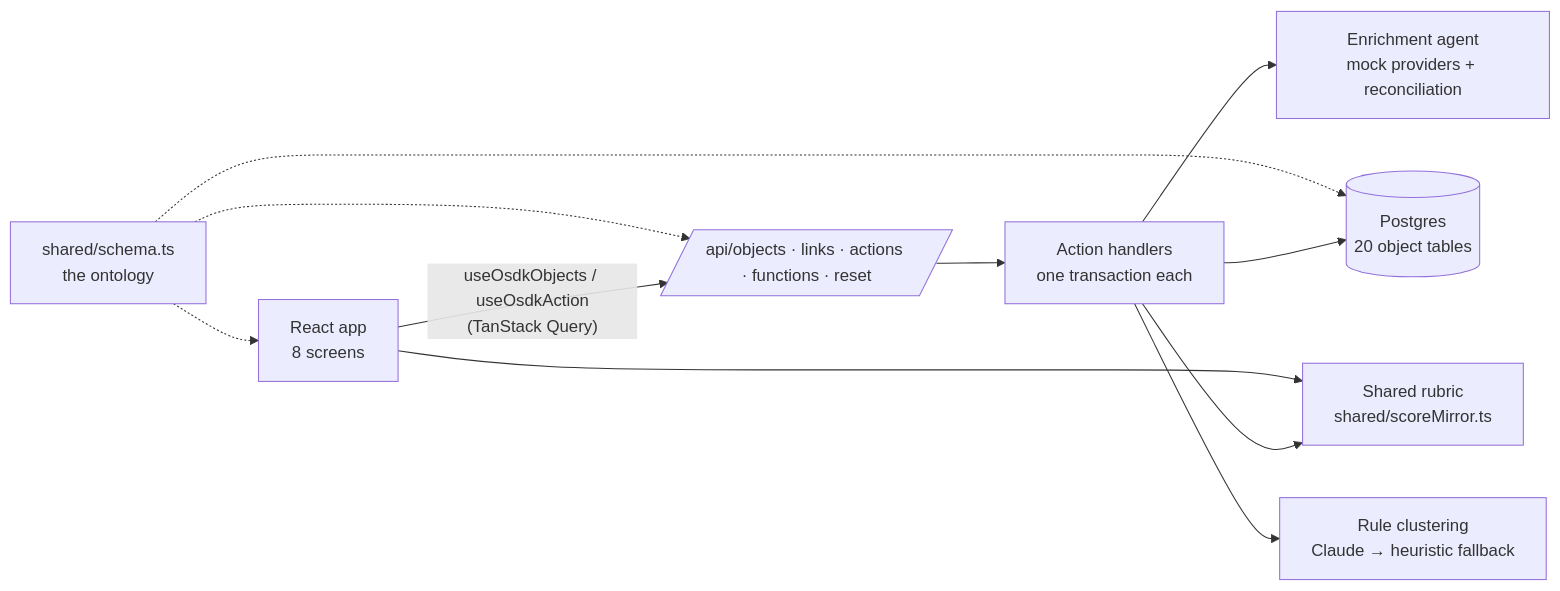
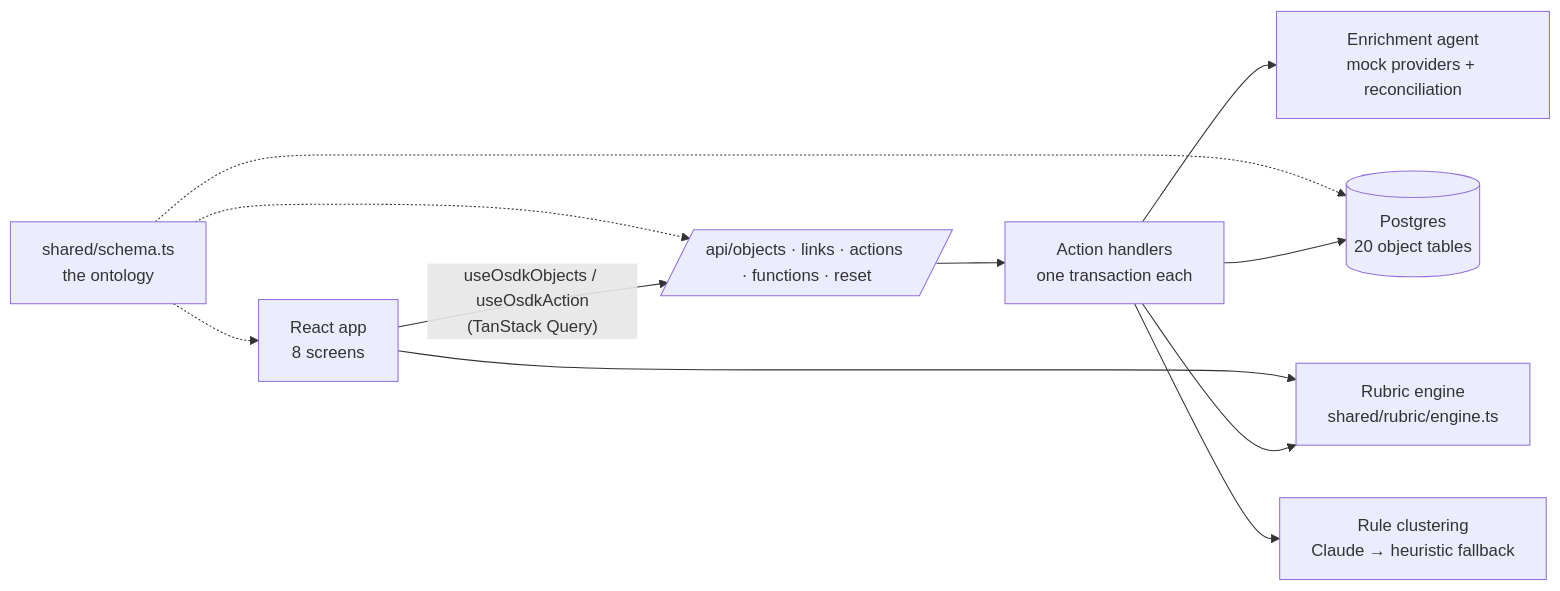
The first of 2 diagrams in docs/architecture.md (llukehanna/beacon), drawn with Mermaid before and after one commit. The commit also changed other lines of this file and 28 other files, not shown here.

````diff
--- a/docs/architecture.md
+++ b/docs/architecture.md
@@ -5,13 +5,13 @@
 ```mermaid
 flowchart LR
   UI[React app<br/>8 screens] -- "useOsdkObjects / useOsdkAction<br/>(TanStack Query)" --> API[/api/objects · links · actions · functions · reset/]
   API --> Actions[Action handlers<br/>one transaction each]
-  Actions --> Rubric[Shared rubric<br/>shared/scoreMirror.ts]
+  Actions --> Rubric[Rubric engine<br/>shared/rubric/engine.ts]
   UI --> Rubric
   Actions --> Agent[Enrichment agent<br/>mock providers + reconciliation]
   Actions --> Cluster[Rule clustering<br/>Claude → heuristic fallback]
   Actions --> PG[(Postgres<br/>20 object tables)]
   Schema[shared/schema.ts<br/>the ontology] -.-> PG
   Schema -.-> API
   Schema -.-> UI
 ```
````
